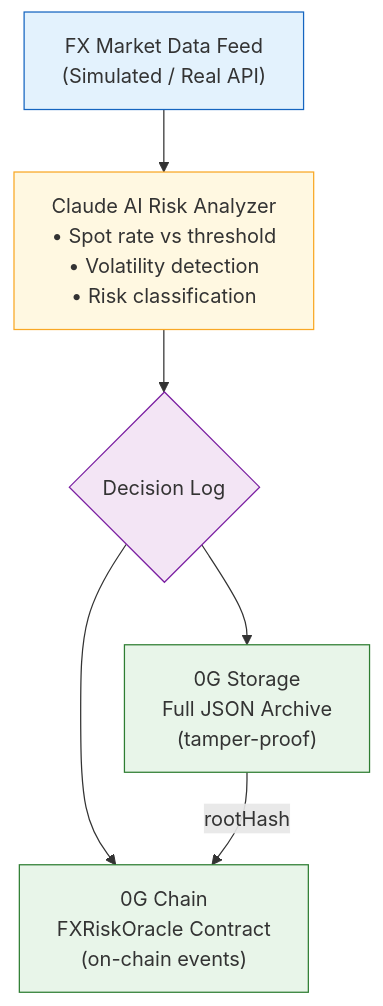
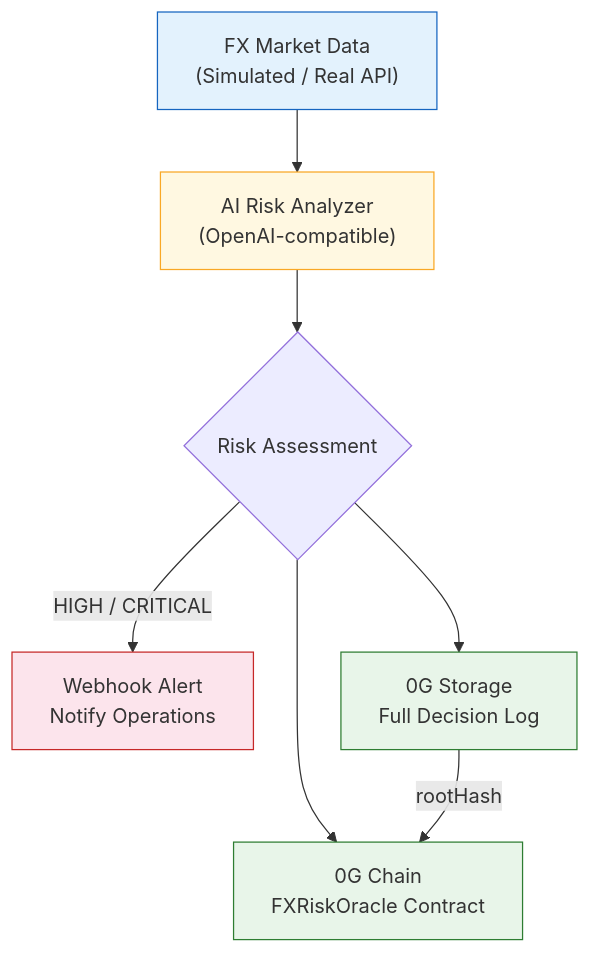
The diagram in README.md (smallironman666/fx-risk-agent), drawn with Mermaid before and after one commit. The commit also changed other lines of this file and 3 other files, not shown here.

````diff
--- a/README.md
+++ b/README.md
@@ -37,14 +36,15 @@
 ```mermaid
 flowchart TD
-    A["FX Market Data Feed<br/>(Simulated / Real API)"] --> B["Claude AI Risk Analyzer<br/>• Spot rate vs threshold<br/>• Volatility detection<br/>• Risk classification"]
-    B --> C{"Decision Log"}
-    C --> D["0G Storage<br/>Full JSON Archive<br/>(tamper-proof)"]
-    C --> E["0G Chain<br/>FXRiskOracle Contract<br/>(on-chain events)"]
-    D -->|"rootHash"| E
+    A["FX Market Data<br/>(Simulated / Real API)"] --> B["AI Risk Analyzer<br/>(OpenAI-compatible)"]
+    B --> C{"Risk Assessment"}
+    C -->|"HIGH / CRITICAL"| D["Webhook Alert<br/>Notify Operations"]
+    C --> E["0G Storage<br/>Full Decision Log"]
+    C --> F["0G Chain<br/>FXRiskOracle Contract"]
+    E -->|"rootHash"| F
 
     style A fill:#e3f2fd,stroke:#1565c0
     style B fill:#fff8e1,stroke:#f9a825
-    style C fill:#f3e5f5,stroke:#7b1fa2
-    style D fill:#e8f5e9,stroke:#2e7d32
+    style D fill:#fce4ec,stroke:#c62828
     style E fill:#e8f5e9,stroke:#2e7d32
+    style F fill:#e8f5e9,stroke:#2e7d32
 ```
````
